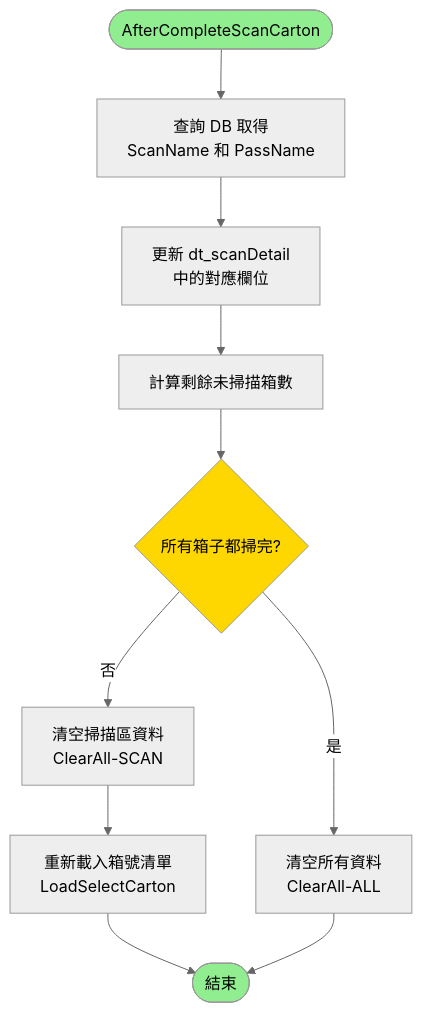
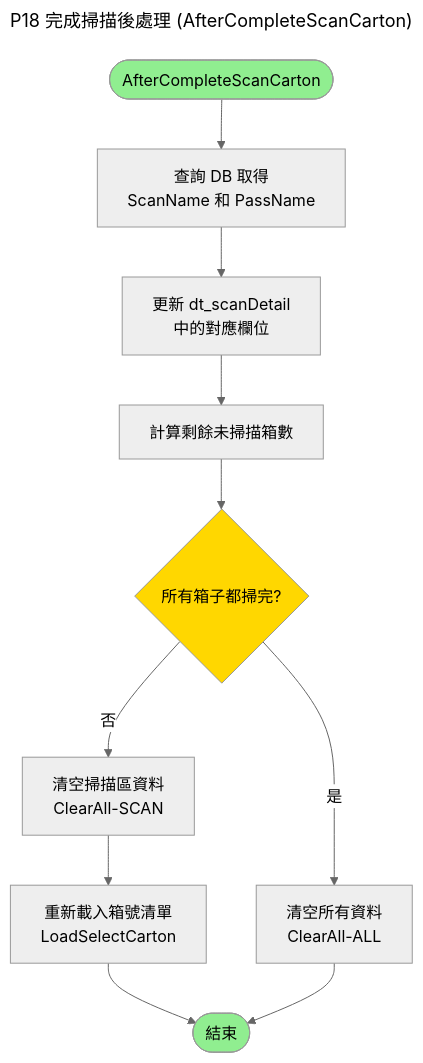
One commit to BensonPigo/Learning changed diagram 11 of 20 in Mermaid/tmp.md. Above: the diagram before and after it, drawn with Mermaid (neutral theme). The commit also changed other lines of this file, not shown here.

First line of the commit message:
Add flowcharts for various operational processes

````diff
--- a/Mermaid/tmp.md
+++ b/Mermaid/tmp.md
@@ -177,18 +450,21 @@
 ```mermaid
+---
+title: P18 完成掃描後處理 (AfterCompleteScanCarton)
+---
 flowchart TD
     Start([AfterCompleteScanCarton]) --> QueryDB[查詢 DB 取得<br/>ScanName 和 PassName]
   QueryDB --> UpdateDT[更新 dt_scanDetail<br/>中的對應欄位]
     UpdateDT --> CountRemain[計算剩餘未掃描箱數]
     CountRemain --> CheckAllComplete{所有箱子都掃完?}
     
     CheckAllComplete --> |是|ClearAll[清空所有資料<br/>ClearAll-ALL]
     CheckAllComplete --> |否|ClearScan[清空掃描區資料<br/>ClearAll-SCAN]
     
     ClearScan --> ReloadCarton[重新載入箱號清單<br/>LoadSelectCarton]
     ReloadCarton --> End([結束])
     ClearAll --> End
 
     style Start fill:#90EE90
     style End fill:#90EE90
     style CheckAllComplete fill:#FFD700
 ```
````
